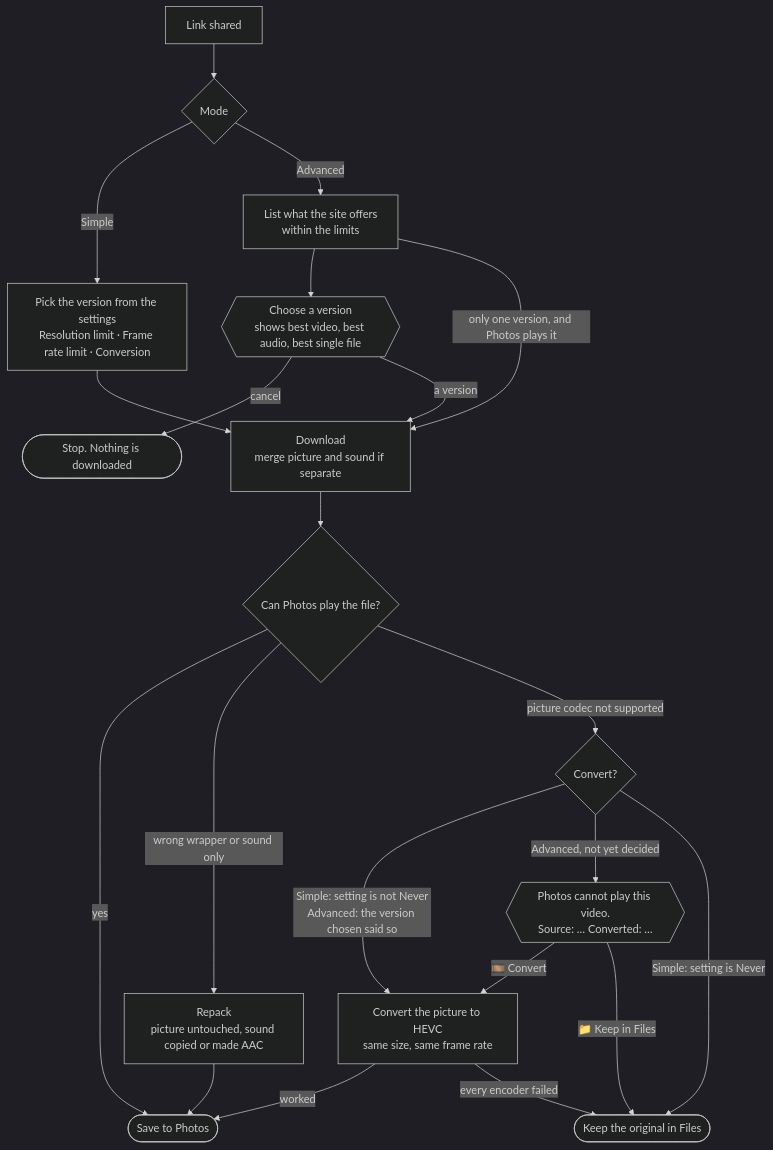
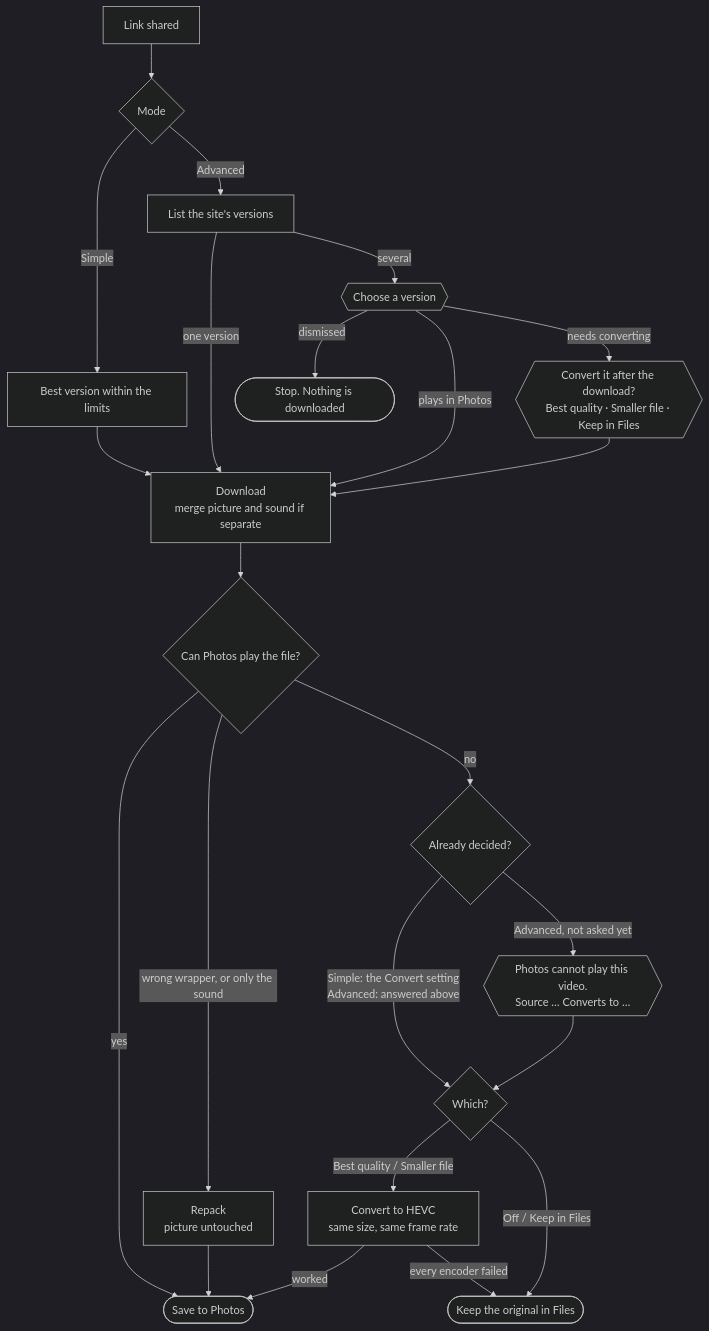
The second of 2 diagrams in docs/BEHAVIOR.md (TheKfcBandit/UMDL), drawn with Mermaid (dark theme) before and after one commit. The commit also changed other lines of this file and 12 other files, not shown here.

First line of the commit message:
UMDL 1.4.0: best version always, conversion as its own step

````diff
--- a/docs/BEHAVIOR.md
+++ b/docs/BEHAVIOR.md
@@ -156,23 +157,24 @@
 ```mermaid
 flowchart TD
     L["Link shared"] --> M{"Mode"}
-    M -- "Simple" --> SF["Pick the version from the settings<br/>Resolution limit · Frame rate limit · Conversion"]
-    M -- "Advanced" --> AL["List what the site offers<br/>within the limits"]
-    AL --> AQ{{"Choose a version<br/>shows best video, best audio, best single file"}}
-    AQ -- "cancel" --> X(["Stop. Nothing is downloaded"])
-    AQ -- "a version" --> DL
-    AL -- "only one version, and Photos plays it" --> DL
+    M -- "Simple" --> SF["Best version within the limits"]
+    M -- "Advanced" --> AL["List the site's versions"]
+    AL -- "one version" --> DL
+    AL -- "several" --> AQ{{"Choose a version"}}
+    AQ -- "dismissed" --> X(["Stop. Nothing is downloaded"])
+    AQ -- "plays in Photos" --> DL
+    AQ -- "needs converting" --> AC{{"Convert it after the download?<br/>Best quality · Smaller file · Keep in Files"}}
+    AC --> DL
     SF --> DL["Download<br/>merge picture and sound if separate"]
     DL --> V{"Can Photos play the file?"}
     V -- "yes" --> PH(["Save to Photos"])
-    V -- "wrong wrapper or sound only" --> RP["Repack<br/>picture untouched, sound copied or made AAC"]
-    RP --> PH
-    V -- "picture codec not supported" --> CQ{"Convert?"}
-    CQ -- "Simple: setting is not Never<br/>Advanced: the version chosen said so" --> CV["Convert the picture to HEVC<br/>same size, same frame rate"]
-    CQ -- "Advanced, not yet decided" --> ASK{{"Photos cannot play this video.<br/>Source: … Converted: …"}}
-    ASK -- "🎞️ Convert" --> CV
-    ASK -- "📁 Keep in Files" --> FL
-    CQ -- "Simple: setting is Never" --> FL(["Keep the original in Files"])
+    V -- "wrong wrapper, or only the sound" --> RP["Repack<br/>picture untouched"] --> PH
+    V -- "no" --> D{"Already decided?"}
+    D -- "Simple: the Convert setting<br/>Advanced: answered above" --> W{"Which?"}
+    D -- "Advanced, not asked yet" --> ASK{{"Photos cannot play this video.<br/>Source … Converts to …"}}
+    ASK --> W
+    W -- "Best quality / Smaller file" --> CV["Convert to HEVC<br/>same size, same frame rate"]
+    W -- "Off / Keep in Files" --> FL(["Keep the original in Files"])
     CV -- "worked" --> PH
     CV -- "every encoder failed" --> FL
 ```
````
